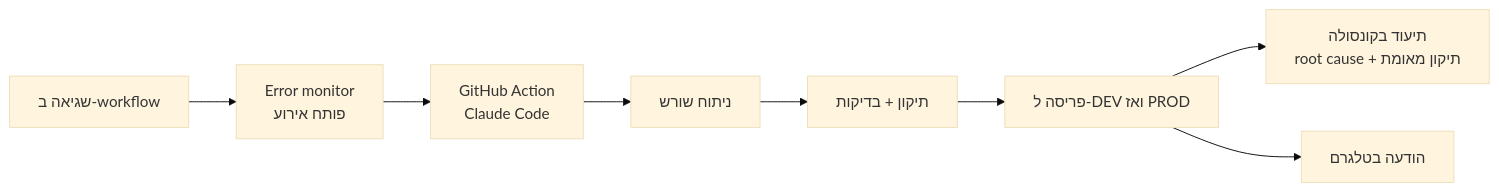
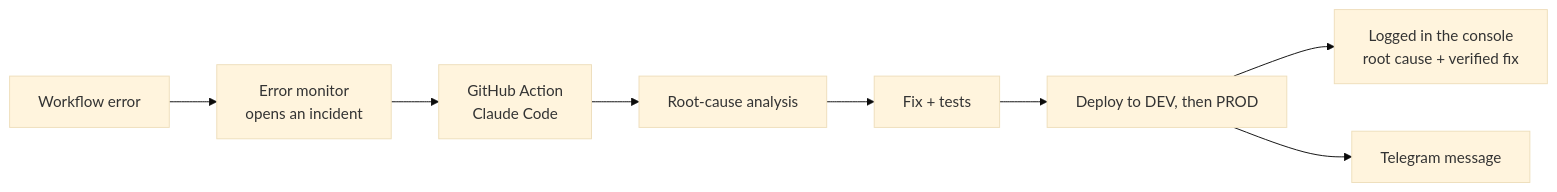
Before and after one commit to danidliod/ai-projects-portfolio: the second of 2 diagrams in projects/02-chief-of-staff-agent.md, drawn with Mermaid (base theme). The commit also changed other lines of this file and 10 other files, not shown here.

````diff
--- a/projects/02-chief-of-staff-agent.md
+++ b/projects/02-chief-of-staff-agent.md
@@ -87,8 +87,8 @@
 ```mermaid
 flowchart LR
-  E[שגיאה ב-workflow] --> M[Error monitor<br/>פותח אירוע]
+  E[Workflow error] --> M[Error monitor<br/>opens an incident]
   M --> GH[GitHub Action<br/>Claude Code]
-  GH --> A[ניתוח שורש] --> T[תיקון + בדיקות] --> D[פריסה ל-DEV ואז PROD]
-  D --> R[תיעוד בקונסולה<br/>root cause + תיקון מאומת]
-  D --> N[הודעה בטלגרם]
+  GH --> A[Root-cause analysis] --> T[Fix + tests] --> D[Deploy to DEV, then PROD]
+  D --> R[Logged in the console<br/>root cause + verified fix]
+  D --> N[Telegram message]
 ```
````
